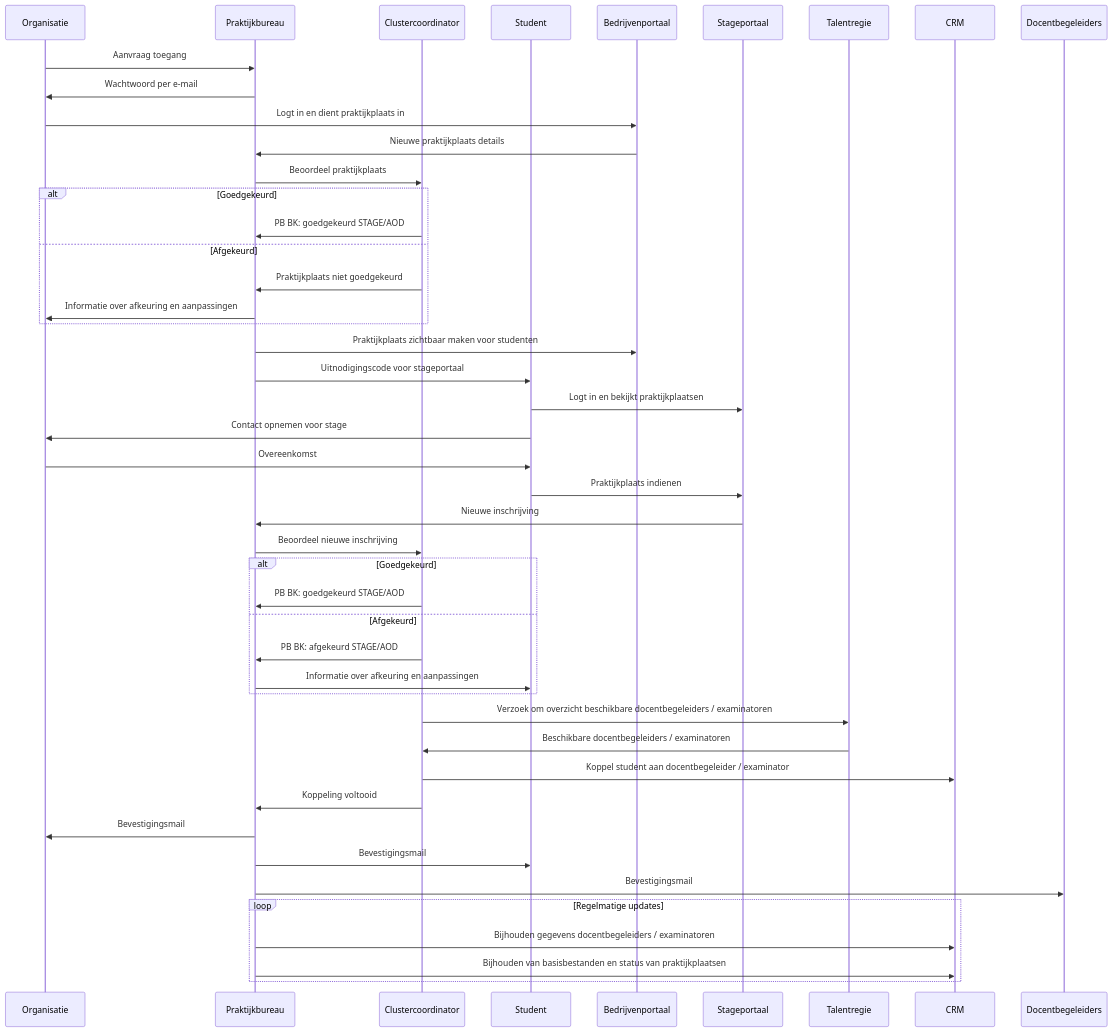
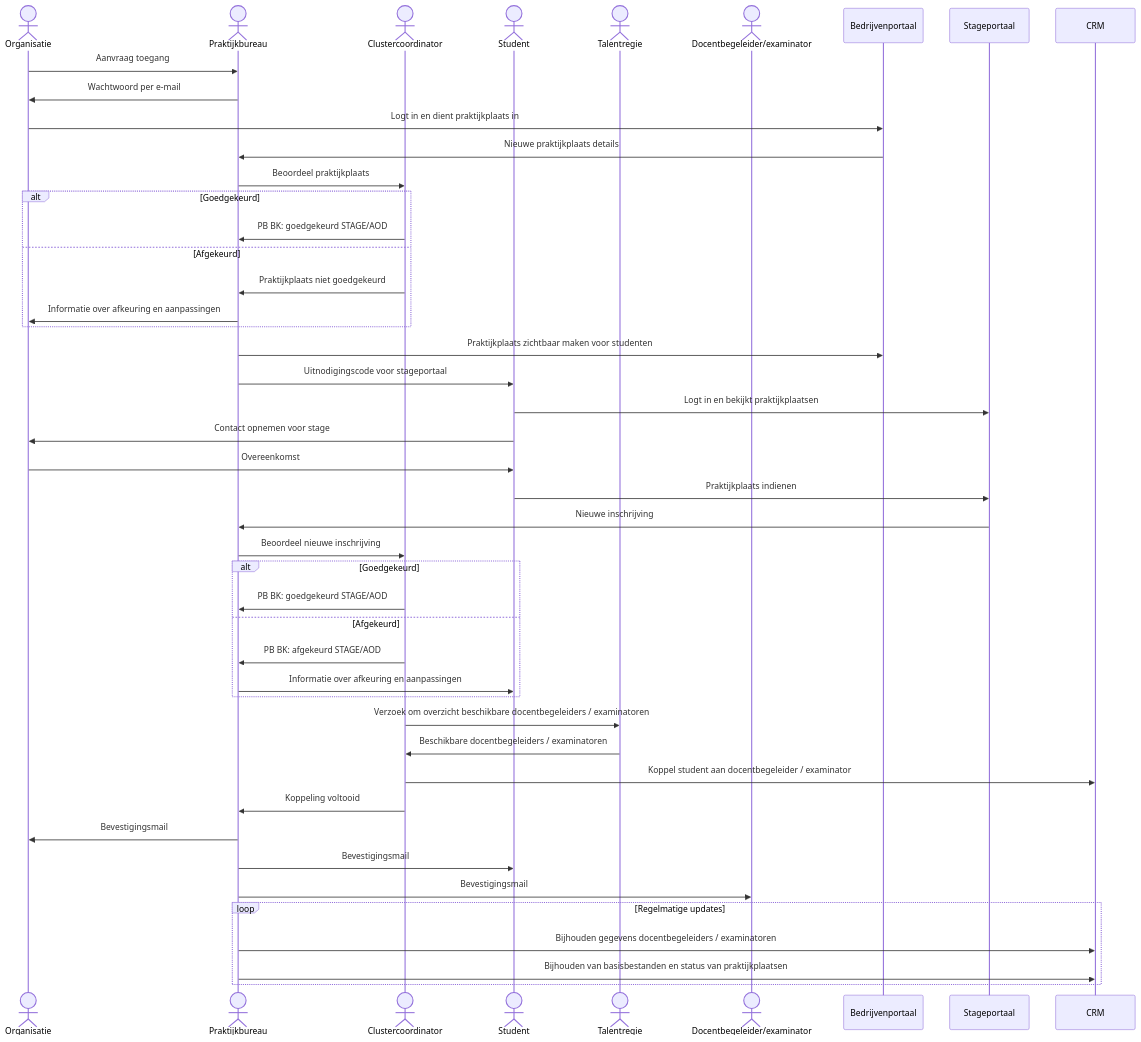
One commit to hanbedrijfskunde/praktijkworkflow changed the diagram in workflow.qmd. Above: the diagram before and after it, drawn with Mermaid. The commit also changed 2 other files, not shown here.

````diff
--- a/workflow.qmd
+++ b/workflow.qmd
@@ -14,58 +14,57 @@
 ```{mermaid}
 
 sequenceDiagram
-  participant Organisatie
-  participant Praktijkbureau
-  participant Clustercoordinator
-  participant Student
-  participant Bedrijvenportaal
-  participant Stageportaal
-  participant Talentregie
+  actor Organisatie
+  actor Praktijkbureau
+  actor Clustercoordinator
+  actor Student
+  actor Talentregie
+  actor Docentbegeleider/examinator
 
   %% Fase 1: Toegang & Indienen
   Organisatie->>Praktijkbureau: Aanvraag toegang
   Praktijkbureau->>Organisatie: Wachtwoord per e-mail
   Organisatie->>Bedrijvenportaal: Logt in en dient praktijkplaats in
   Bedrijvenportaal->>Praktijkbureau: Nieuwe praktijkplaats details
 
   %% Fase 2: Beoordelen & Verwerken
   Praktijkbureau->>Clustercoordinator: Beoordeel praktijkplaats
   alt Goedgekeurd
     Clustercoordinator->>Praktijkbureau: PB BK: goedgekeurd STAGE/AOD
   else Afgekeurd
     Clustercoordinator->>Praktijkbureau: Praktijkplaats niet goedgekeurd
     Praktijkbureau->>Organisatie: Informatie over afkeuring en aanpassingen
   end
   Praktijkbureau->>Bedrijvenportaal: Praktijkplaats zichtbaar maken voor studenten
 
   %% Fase 3: Inschrijvingen & Goedkeuring
   Praktijkbureau->>Student: Uitnodigingscode voor stageportaal
   Student->>Stageportaal: Logt in en bekijkt praktijkplaatsen
   Student->>Organisatie: Contact opnemen voor stage
   Organisatie->>Student: Overeenkomst
   Student->>Stageportaal: Praktijkplaats indienen
   Stageportaal->>Praktijkbureau: Nieuwe inschrijving
   Praktijkbureau->>Clustercoordinator: Beoordeel nieuwe inschrijving
   alt Goedgekeurd
     Clustercoordinator->>Praktijkbureau: PB BK: goedgekeurd STAGE/AOD
   else Afgekeurd
     Clustercoordinator->>Praktijkbureau: PB BK: afgekeurd STAGE/AOD
     Praktijkbureau->>Student: Informatie over afkeuring en aanpassingen
   end
 
   %% Fase 4: Inzet begeleiding
   Clustercoordinator->>Talentregie: Verzoek om overzicht beschikbare docentbegeleiders / examinatoren
   Talentregie->>Clustercoordinator: Beschikbare docentbegeleiders / examinatoren
   Clustercoordinator->>CRM: Koppel student aan docentbegeleider / examinator
   Clustercoordinator->>Praktijkbureau: Koppeling voltooid
   Praktijkbureau->>Organisatie: Bevestigingsmail
   Praktijkbureau->>Student: Bevestigingsmail
-  Praktijkbureau->>Docentbegeleiders: Bevestigingsmail
+  Praktijkbureau->>Docentbegeleider/examinator: Bevestigingsmail
 
   %% Fase 5: Overzicht en Onderhoud
   loop Regelmatige updates
     Praktijkbureau->>CRM: Bijhouden gegevens docentbegeleiders / examinatoren
     Praktijkbureau->>CRM: Bijhouden van basisbestanden en status van praktijkplaatsen
   end
 
 ```
````
